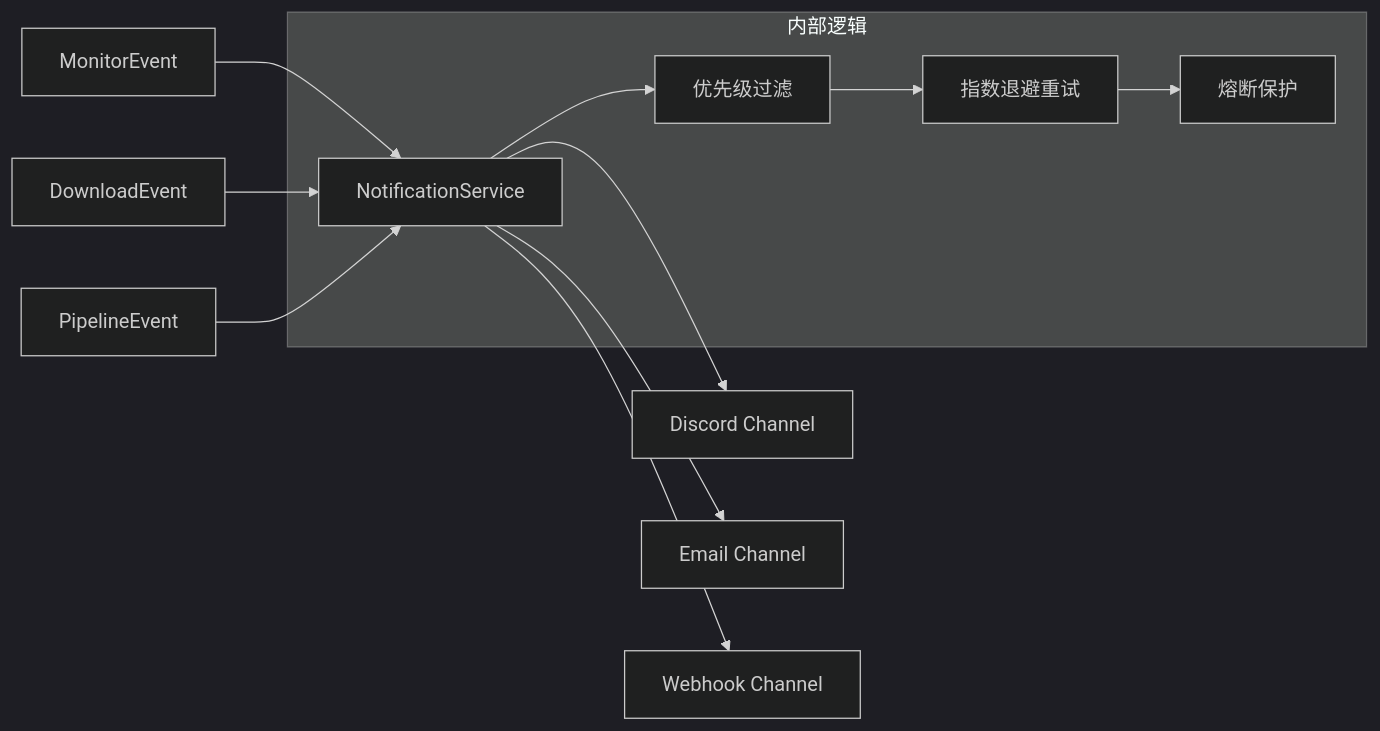
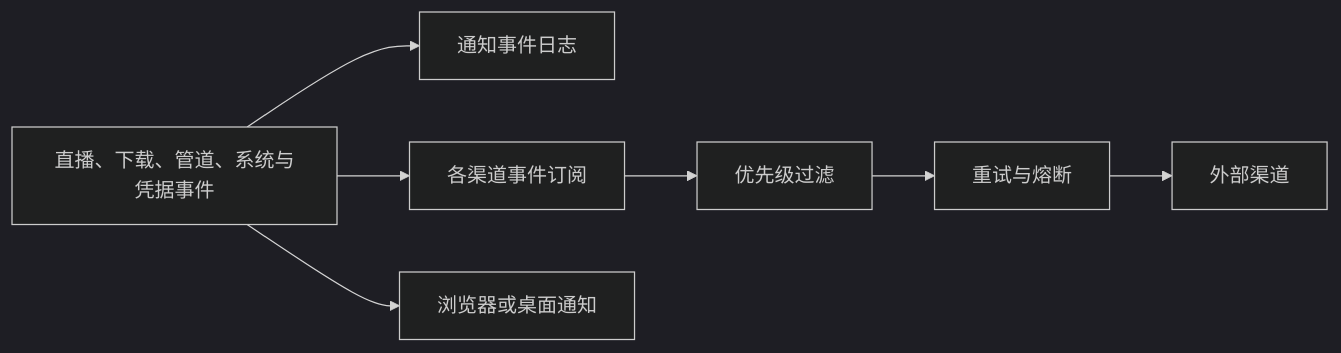
The diagram in rust-srec/docs/zh/concepts/notifications.md (hua0512/rust-srec), drawn with Mermaid (dark theme) before and after one commit. The commit also changed other lines of this file and 46 other files, not shown here.

````diff
--- a/rust-srec/docs/zh/concepts/notifications.md
+++ b/rust-srec/docs/zh/concepts/notifications.md
@@ -9,16 +5,9 @@
 ```mermaid
 flowchart LR
-    E1[MonitorEvent] --> NS[NotificationService]
-    E2[DownloadEvent] --> NS
-    E3[PipelineEvent] --> NS
-    
-    NS --> C1[Discord Channel]
-    NS --> C2[Email Channel]
-    NS --> C3[Webhook Channel]
-    
-    subgraph NS_Inner["内部逻辑"]
-        NS --> Filter[优先级过滤]
-        Filter --> Retry[指数退避重试]
-        Retry --> CB[熔断保护]
-    end
+  E[直播、下载、管道、系统与凭据事件] --> L[通知事件日志]
+  E --> S[各渠道事件订阅]
+  S --> P[优先级过滤]
+  P --> R[重试与熔断]
+  R --> C[外部渠道]
+  E --> B[浏览器或桌面通知]
 ```
````
